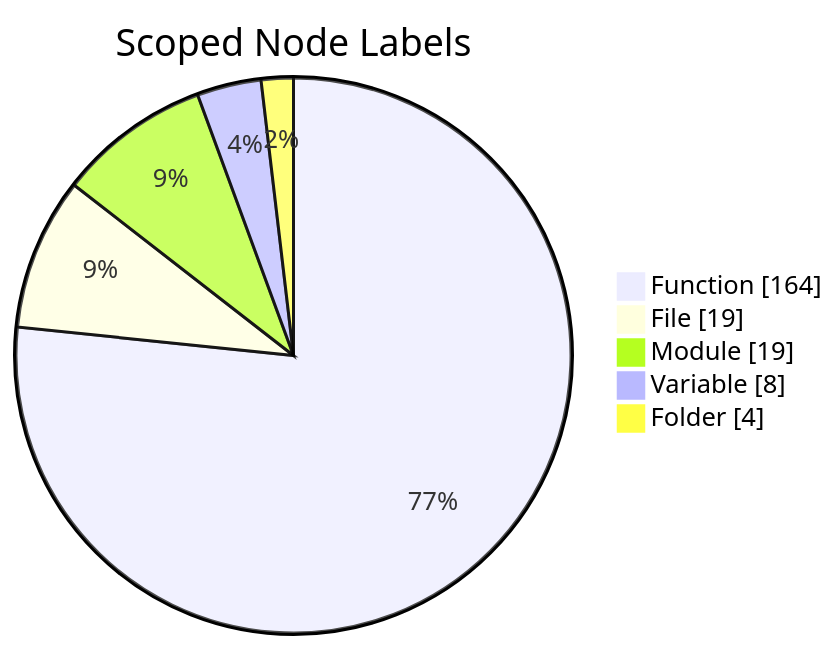
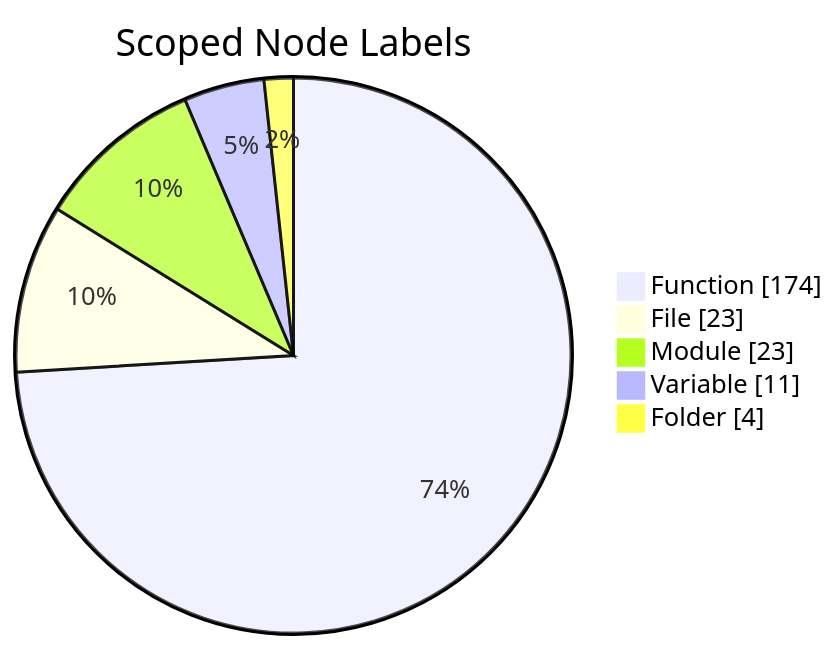
Before and after one commit to scl2bp/refactor_cli: the third of 7 diagrams in .refactor/analysis/candidates/report.md, drawn with Mermaid. The commit also changed other lines of this file and 5 other files, not shown here.

````diff
--- a/.refactor/analysis/candidates/report.md
+++ b/.refactor/analysis/candidates/report.md
@@ -230,9 +230,9 @@
 ```mermaid
 pie showData
   title Scoped Node Labels
-  "Function" : 164
-  "File" : 19
-  "Module" : 19
-  "Variable" : 8
+  "Function" : 174
+  "File" : 23
+  "Module" : 23
+  "Variable" : 11
   "Folder" : 4
 ```
````
